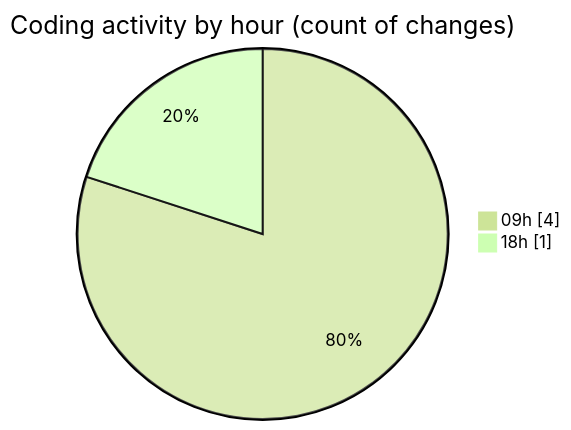
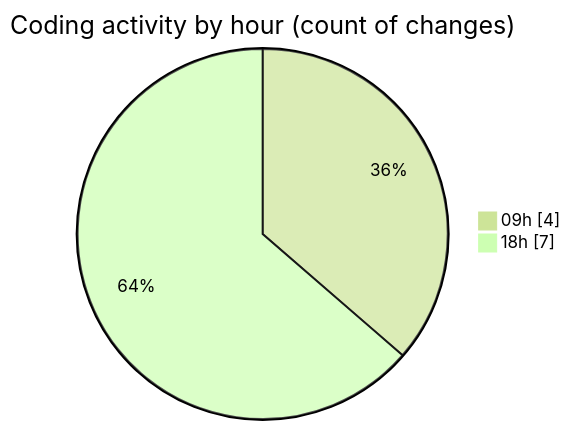
Before and after one commit to idhammustaqopulfikri/code-tracking: the second of 2 diagrams in 2025-04-10/tugas_booking_studio/README.md, drawn with Mermaid (forest theme). The commit also changed other lines of this file and 1 other file, not shown here.

````diff
--- a/2025-04-10/tugas_booking_studio/README.md
+++ b/2025-04-10/tugas_booking_studio/README.md
@@ -31,6 +34,6 @@
 ```mermaid
 pie showData
 title Coding activity by hour (count of changes)
 "09h" : 4
-"18h" : 1
+"18h" : 7
 ```
````
